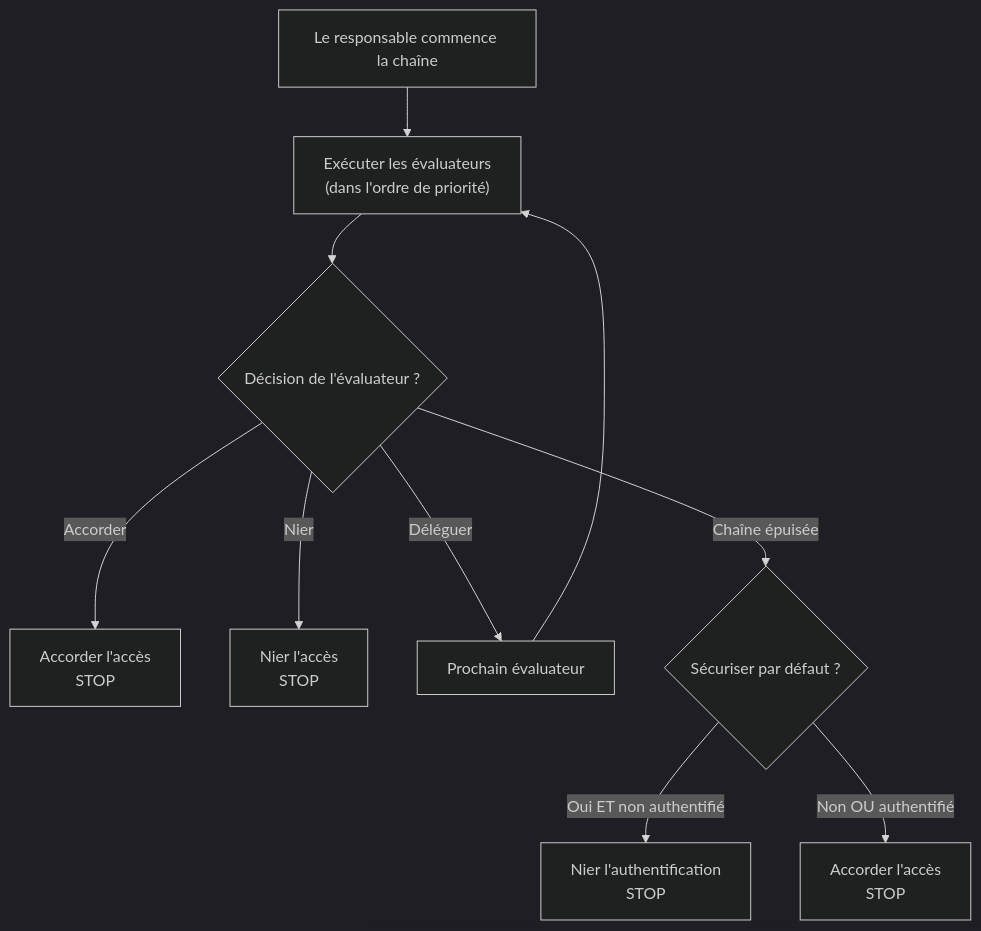
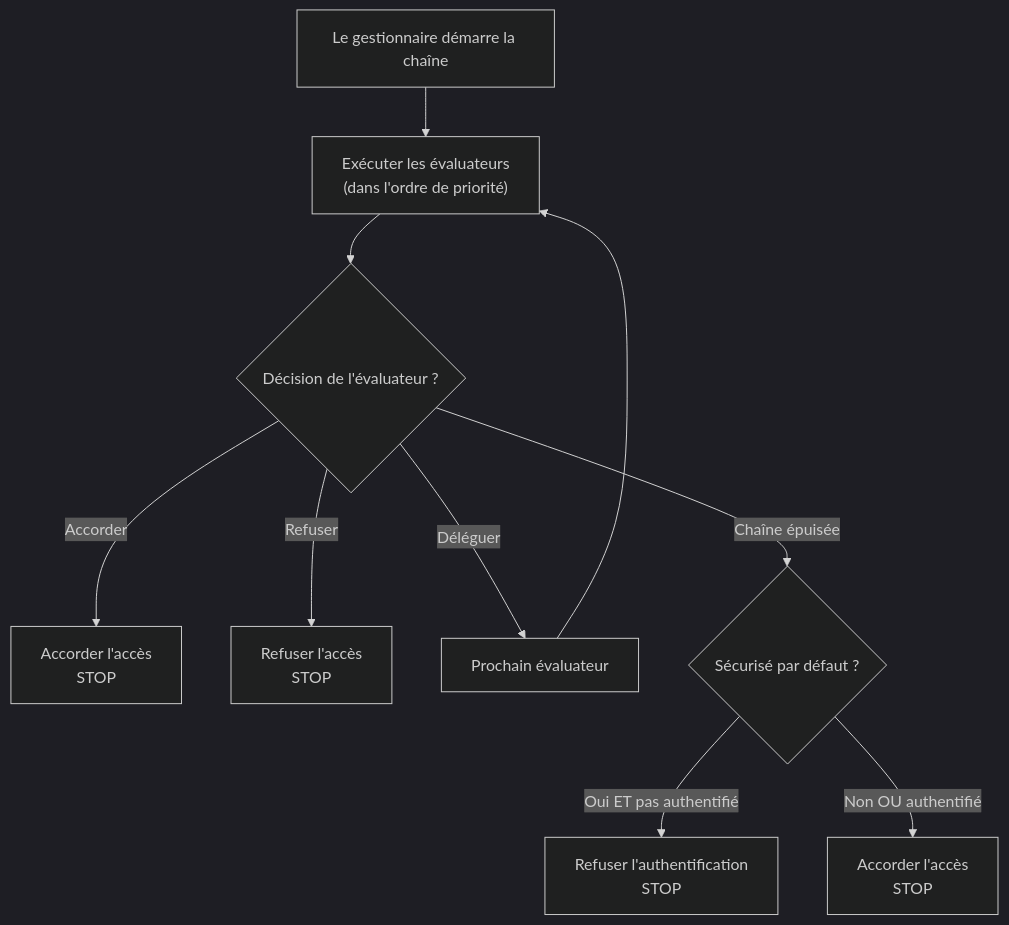
The diagram in docs/i18n/fr/docusaurus-plugin-content-docs/current/security/architecture/evaluator-chain.md (webforj/webforj-documentation), drawn with Mermaid (dark theme) before and after one commit. The commit also changed other lines of this file and 389 other files, not shown here.

````diff
--- a/docs/i18n/fr/docusaurus-plugin-content-docs/current/security/architecture/evaluator-chain.md
+++ b/docs/i18n/fr/docusaurus-plugin-content-docs/current/security/architecture/evaluator-chain.md
@@ -45,15 +45,15 @@
 ```mermaid
 flowchart TD
-    Start["Le responsable commence la chaîne"] --> Eval["Exécuter les évaluateurs<br/>(dans l'ordre de priorité)"]
+  Start["Le gestionnaire démarre la chaîne"] --> Eval["Exécuter les évaluateurs<br/>(dans l'ordre de priorité)"]
 
-    Eval --> Check{"Décision de l'évaluateur ?"}
-    Check -->|Accorder| Grant["Accorder l'accès<br/>STOP"]
-    Check -->|Nier| Deny["Nier l'accès<br/>STOP"]
-    Check -->|Déléguer| Next["Prochain évaluateur"]
+  Eval --> Check{"Décision de l'évaluateur ?"}
+  Check -->|Accorder| Grant["Accorder l'accès<br/>STOP"]
+  Check -->|Refuser| Deny["Refuser l'accès<br/>STOP"]
+  Check -->|Déléguer| Next["Prochain évaluateur"]
 
-    Next --> Eval
+  Next --> Eval
 
-    Check -->|Chaîne épuisée| Default{"Sécuriser par défaut ?"}
-    Default -->|Oui ET non authentifié| DenyDefault["Nier l'authentification<br/>STOP"]
-    Default -->|Non OU authentifié| GrantDefault["Accorder l'accès<br/>STOP"]
+  Check -->|Chaîne épuisée| Default{"Sécurisé par défaut ?"}
+  Default -->|Oui ET pas authentifié| DenyDefault["Refuser l'authentification<br/>STOP"]
+  Default -->|Non OU authentifié| GrantDefault["Accorder l'accès<br/>STOP"]
 ```
````
